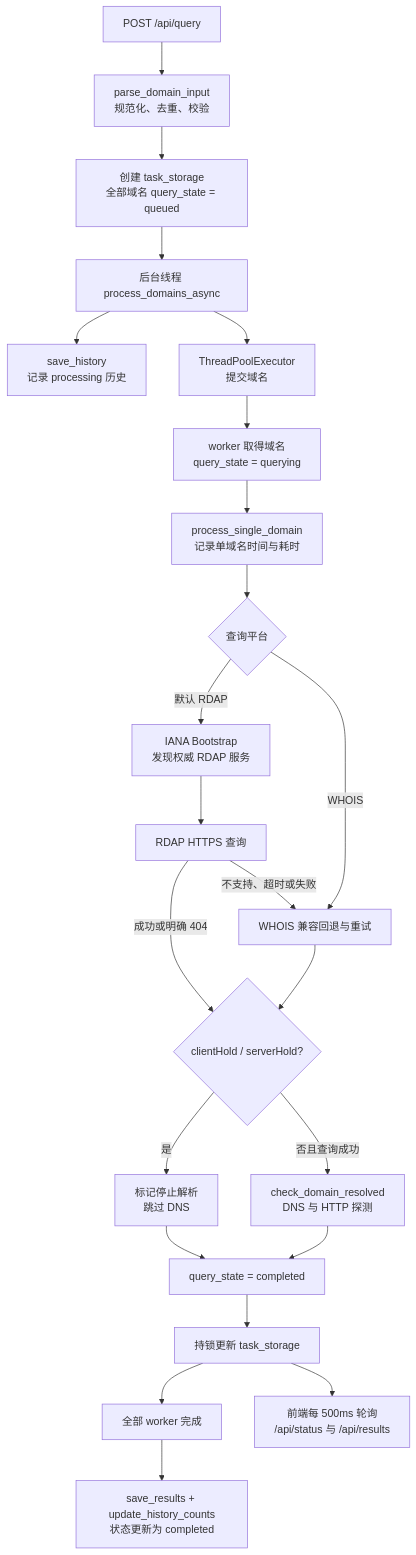
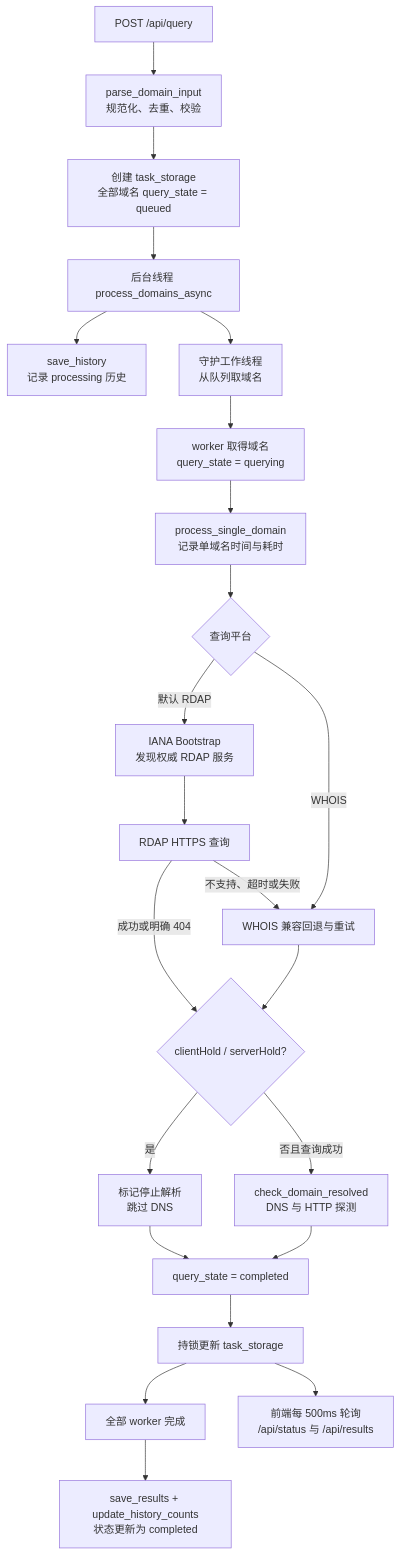
Before and after one commit to xuchaoxin1375/domain-checker: the second of 3 diagrams in docs/ARCHITECTURE.md, drawn with Mermaid. The commit also changed other lines of this file and 16 other files, not shown here.

````diff
--- a/docs/ARCHITECTURE.md
+++ b/docs/ARCHITECTURE.md
@@ -43,25 +43,25 @@
 ```mermaid
 flowchart TD
     Submit["POST /api/query"] --> Parse["parse_domain_input<br/>规范化、去重、校验"]
     Parse --> Task["创建 task_storage<br/>全部域名 query_state = queued"]
     Task --> Thread["后台线程 process_domains_async"]
     Thread --> History["save_history<br/>记录 processing 历史"]
-    Thread --> Pool["ThreadPoolExecutor<br/>提交域名"]
+    Thread --> Pool["守护工作线程<br/>从队列取域名"]
     Pool --> Stage["worker 取得域名<br/>query_state = querying"]
     Stage --> Single["process_single_domain<br/>记录单域名时间与耗时"]
     Single --> Dispatch{"查询平台"}
     Dispatch -->|默认 RDAP| Bootstrap["IANA Bootstrap<br/>发现权威 RDAP 服务"]
     Bootstrap --> RDAP["RDAP HTTPS 查询"]
     RDAP -->|不支持、超时或失败| WhoisRetry["WHOIS 兼容回退与重试"]
     Dispatch -->|WHOIS| WhoisRetry
     RDAP -->|成功或明确 404| Hold{"clientHold / serverHold?"}
     WhoisRetry --> Hold
     Hold -->|是| Blocked["标记停止解析<br/>跳过 DNS"]
     Hold -->|否且查询成功| Resolve["check_domain_resolved<br/>DNS 与 HTTP 探测"]
     Blocked --> Complete["query_state = completed"]
     Resolve --> Complete
     Complete --> Memory["持锁更新 task_storage"]
     Memory --> Join["全部 worker 完成"]
     Join --> Persist["save_results + update_history_counts<br/>状态更新为 completed"]
     Memory --> Poll["前端每 500ms 轮询<br/>/api/status 与 /api/results"]
 ```
````
